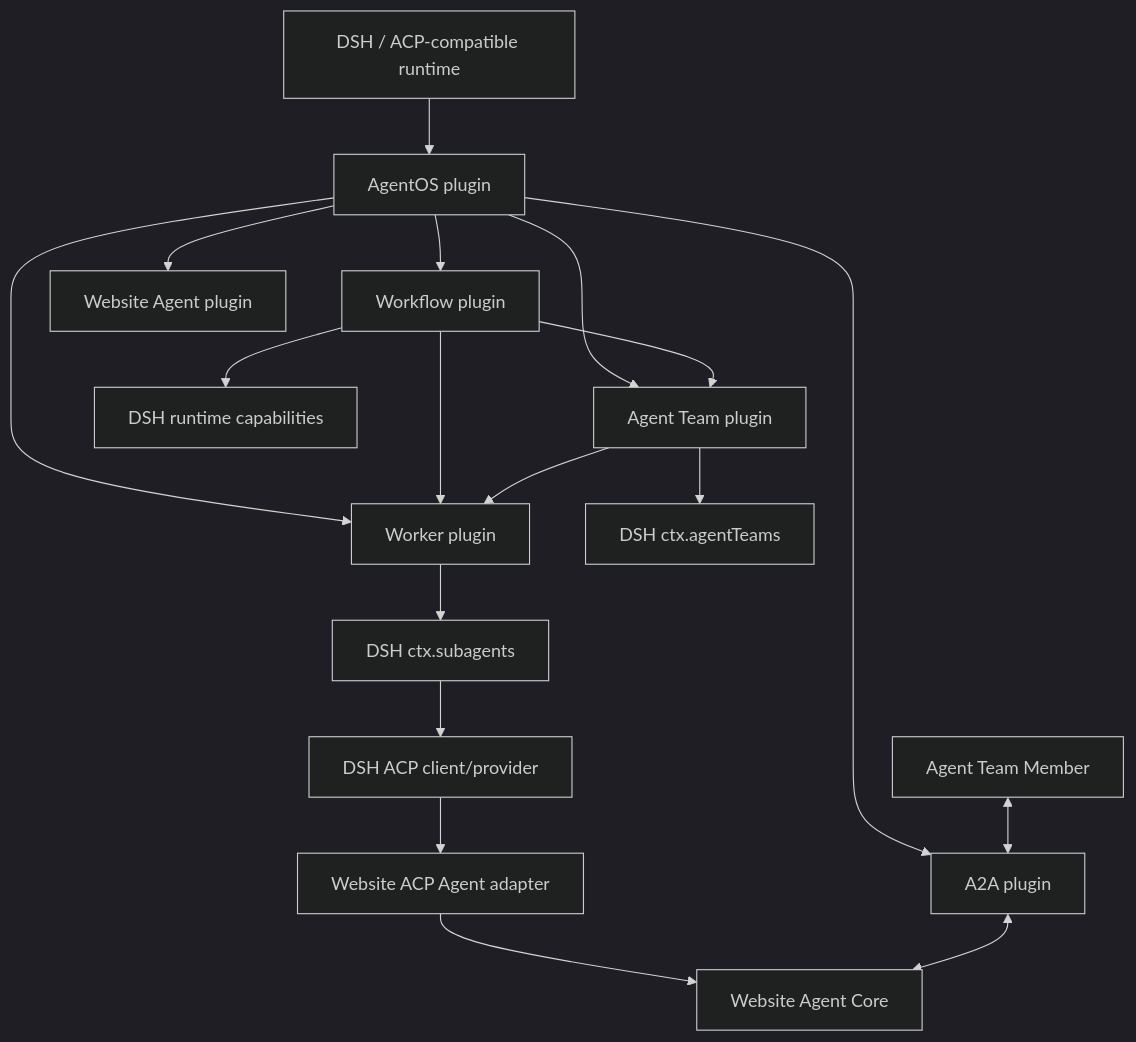
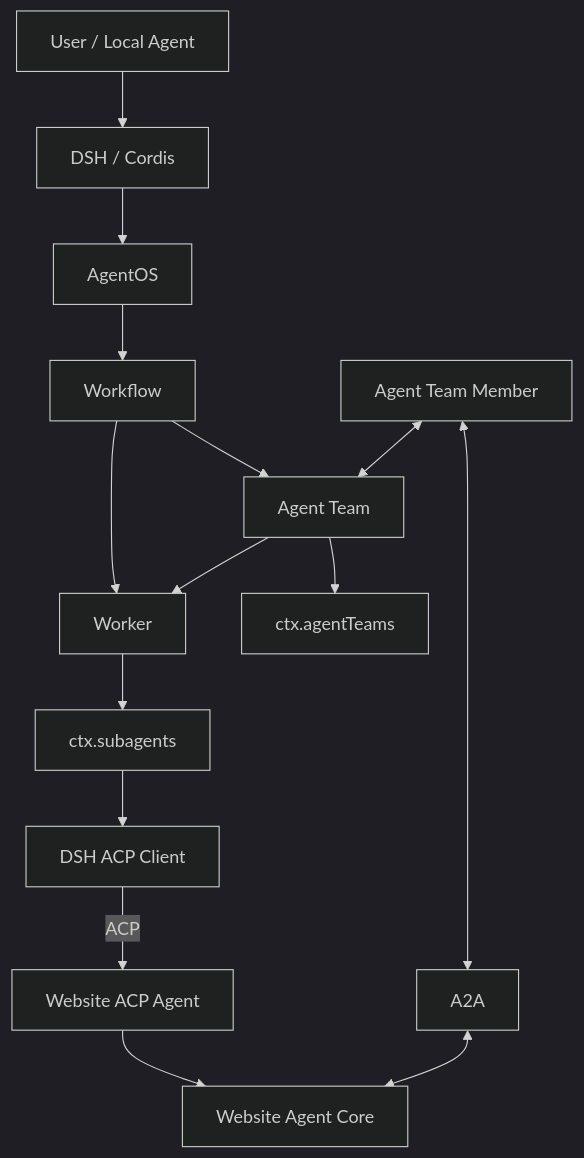
One commit to tsuuanmi/AgentOS changed the diagram in docs/architecture/plugins/README.md. Above: the diagram before and after it, drawn with Mermaid (dark theme). The commit also changed other lines of this file, not shown here.

Commit message:
docs: expand canonical plugin architecture for implementation

```diff
--- a/docs/architecture/plugins/README.md
+++ b/docs/architecture/plugins/README.md
@@ -86,38 +88,34 @@
 ~~~mermaid
 flowchart TB
-    Runtime[DSH / ACP-compatible runtime]
-    AgentOS[AgentOS plugin]
-    Workflow[Workflow plugin]
-    Team[Agent Team plugin]
-    Worker[Worker plugin]
-    Website[Website Agent plugin]
-    A2A[A2A plugin]
+    User[User / Local Agent]
+    Host[DSH / Cordis]
+    AO[AgentOS]
 
-    DSHAT[DSH ctx.agentTeams]
-    Sub[DSH ctx.subagents]
-    ACPClient[DSH ACP client/provider]
-    WebsiteACP[Website ACP Agent adapter]
-    WebsiteCore[Website Agent Core]
+    WF[Workflow]
+    Team[Agent Team]
+    Worker[Worker]
+
+    DSHAT[ctx.agentTeams]
+    Sub[ctx.subagents]
+    ACPClient[DSH ACP Client]
+
+    WebACP[Website ACP Agent]
+    WebCore[Website Agent Core]
+    A2A[A2A]
     Member[Agent Team Member]
-    RuntimeCaps[DSH runtime capabilities]
 
-    Runtime --> AgentOS
-    AgentOS --> Workflow
-    AgentOS --> Team
-    AgentOS --> Worker
-    AgentOS --> Website
-    AgentOS --> A2A
+    User --> Host --> AO
+    AO --> WF
+    WF --> Team
+    WF --> Worker
+    Team --> Worker
 
-    Workflow --> Team
-    Workflow --> Worker
-    Team --> Worker
     Team --> DSHAT
     Worker --> Sub
     Sub --> ACPClient
-    ACPClient --> WebsiteACP --> WebsiteCore
+    ACPClient -->|ACP| WebACP --> WebCore
 
+    Member <--> Team
     Member <--> A2A
-    A2A <--> WebsiteCore
-
-    Workflow --> RuntimeCaps
+    A2A <--> WebCore
 ~~~
```
